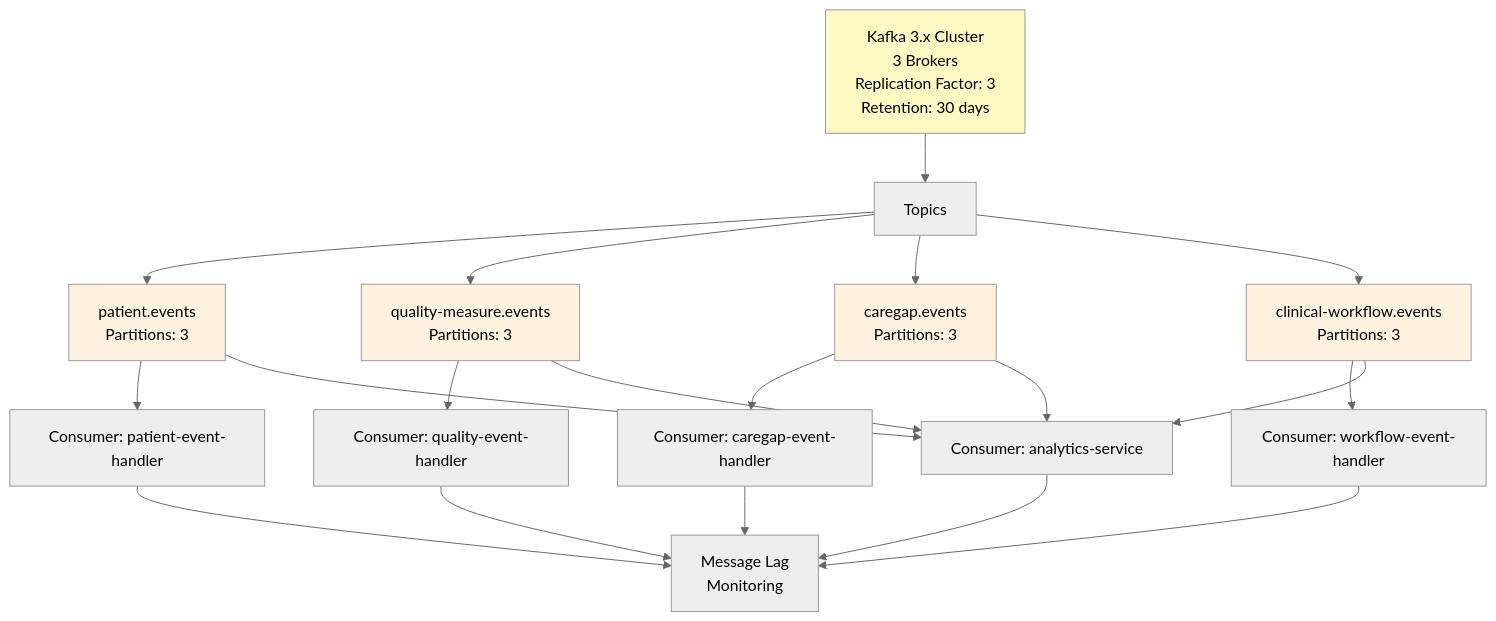
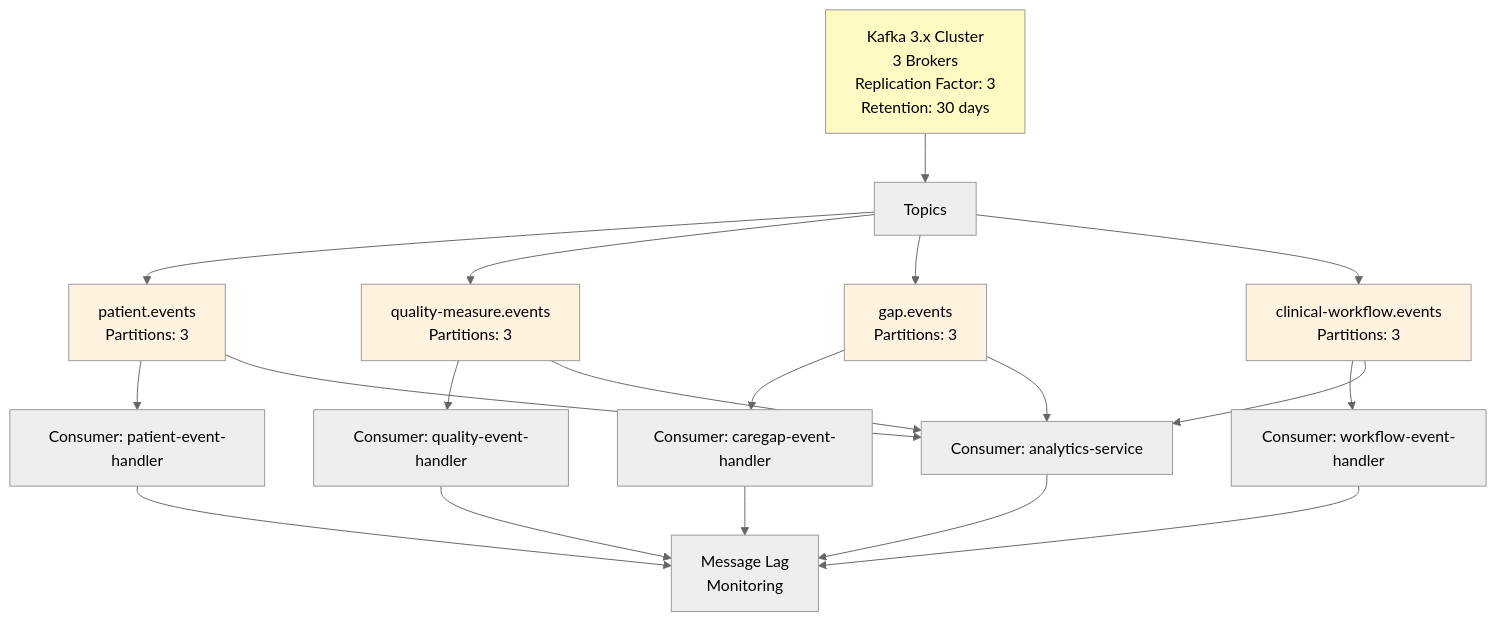
One commit to mahoosuc-solutions/hdim changed the seventh of 8 diagrams in docs/architecture/diagrams/system-overview.md. Above: the diagram before and after it, drawn with Mermaid (neutral theme). The commit also changed other lines of this file and 20 other files, not shown here.

First line of the commit message:
docs: update architecture, service catalog, runbooks, and release candidate docs

````diff
--- a/docs/architecture/diagrams/system-overview.md
+++ b/docs/architecture/diagrams/system-overview.md
@@ -242,31 +242,31 @@
 ```mermaid
 graph TB
     A["Kafka 3.x Cluster<br/>3 Brokers<br/>Replication Factor: 3<br/>Retention: 30 days"] --> B["Topics"]
 
     B --> T1["patient.events<br/>Partitions: 3"]
     B --> T2["quality-measure.events<br/>Partitions: 3"]
-    B --> T3["caregap.events<br/>Partitions: 3"]
+    B --> T3["gap.events<br/>Partitions: 3"]
     B --> T4["clinical-workflow.events<br/>Partitions: 3"]
 
     T1 --> C1["Consumer: patient-event-handler"]
     T2 --> C2["Consumer: quality-event-handler"]
     T3 --> C3["Consumer: caregap-event-handler"]
     T4 --> C4["Consumer: workflow-event-handler"]
 
     T1 --> C5["Consumer: analytics-service"]
     T2 --> C5
     T3 --> C5
     T4 --> C5
 
     C1 --> D["Message Lag<br/>Monitoring"]
     C2 --> D
     C3 --> D
     C4 --> D
     C5 --> D
 
     style A fill:#fff9c4
     style T1 fill:#fff3e0
     style T2 fill:#fff3e0
     style T3 fill:#fff3e0
     style T4 fill:#fff3e0
 ```
````
